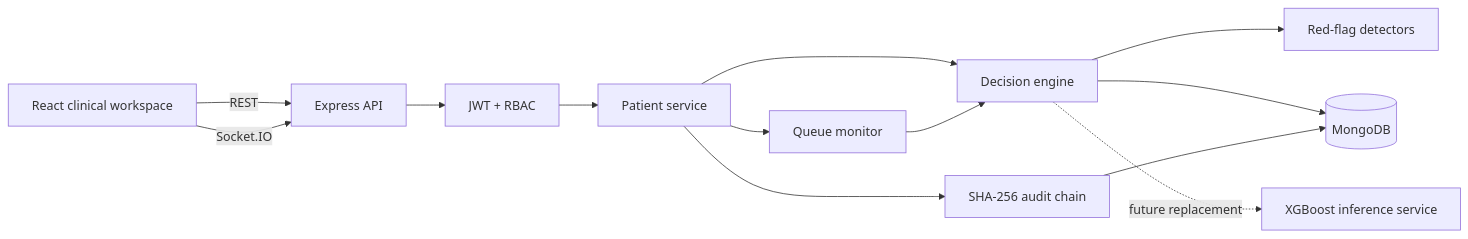
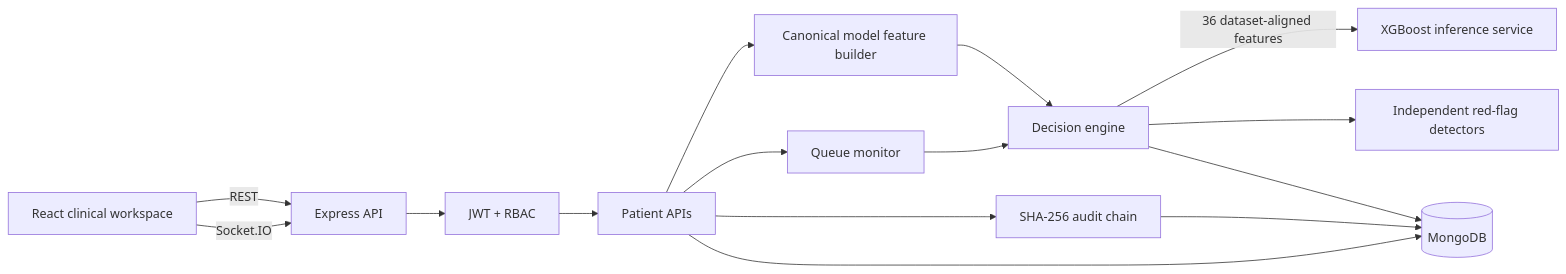
Before and after one commit to Sakshya2504/SpaceCoders: the diagram in docs/ARCHITECTURE.md, drawn with Mermaid. The commit also changed other lines of this file, not shown here.

Commit message:
docs: align architecture with live XGBoost integration

````diff
--- a/docs/ARCHITECTURE.md
+++ b/docs/ARCHITECTURE.md
@@ -7,26 +7,29 @@
 ```mermaid
 flowchart LR
     UI[React clinical workspace]
     API[Express API]
     AUTH[JWT + RBAC]
-    PAT[Patient service]
+    PAT[Patient APIs]
+    FEATURES[Canonical model feature builder]
     TRIAGE[Decision engine]
-    FLAGS[Red-flag detectors]
+    FLAGS[Independent red-flag detectors]
+    ML[XGBoost inference service]
     QUEUE[Queue monitor]
     AUDIT[SHA-256 audit chain]
     DB[(MongoDB)]
-    ML[XGBoost inference service]
 
     UI -->|REST| API
     UI -->|Socket.IO| API
     API --> AUTH
     AUTH --> PAT
-    PAT --> TRIAGE
+    PAT --> FEATURES
+    FEATURES --> TRIAGE
+    TRIAGE -->|36 dataset-aligned features| ML
     TRIAGE --> FLAGS
-    TRIAGE --> DB
     PAT --> QUEUE
     QUEUE --> TRIAGE
     PAT --> AUDIT
     AUDIT --> DB
-    TRIAGE -. future replacement .-> ML
+    PAT --> DB
+    TRIAGE --> DB
 ```
````
